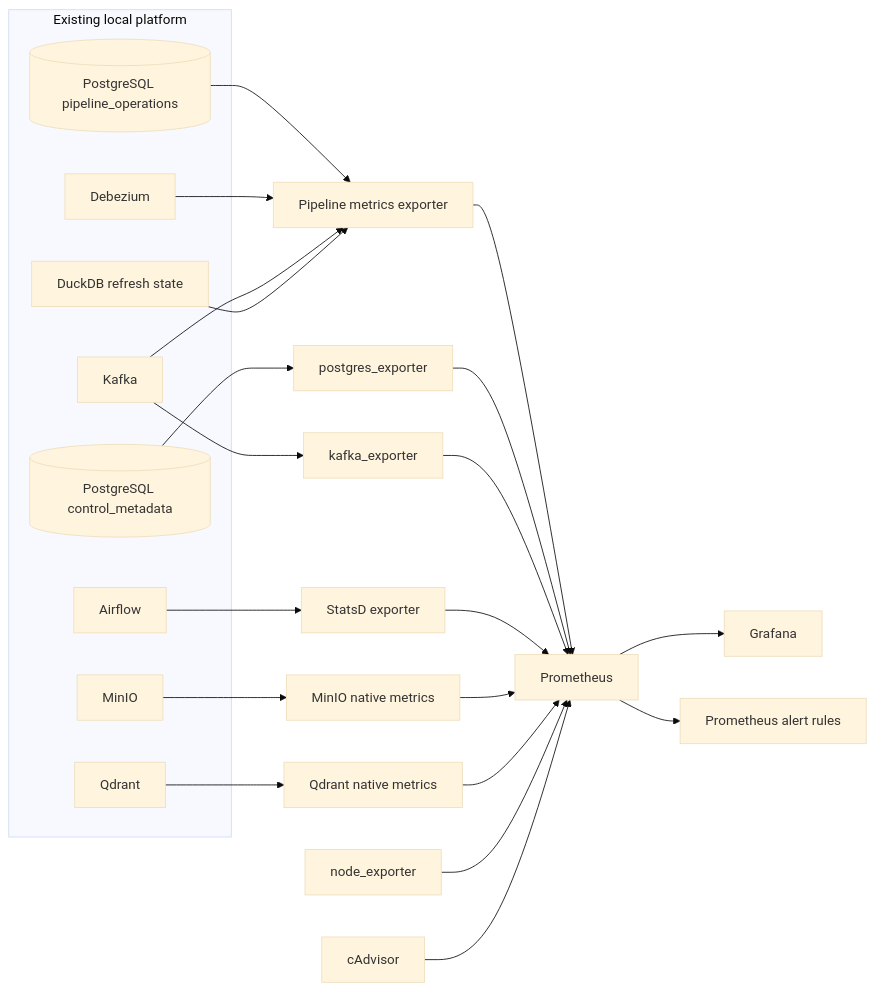
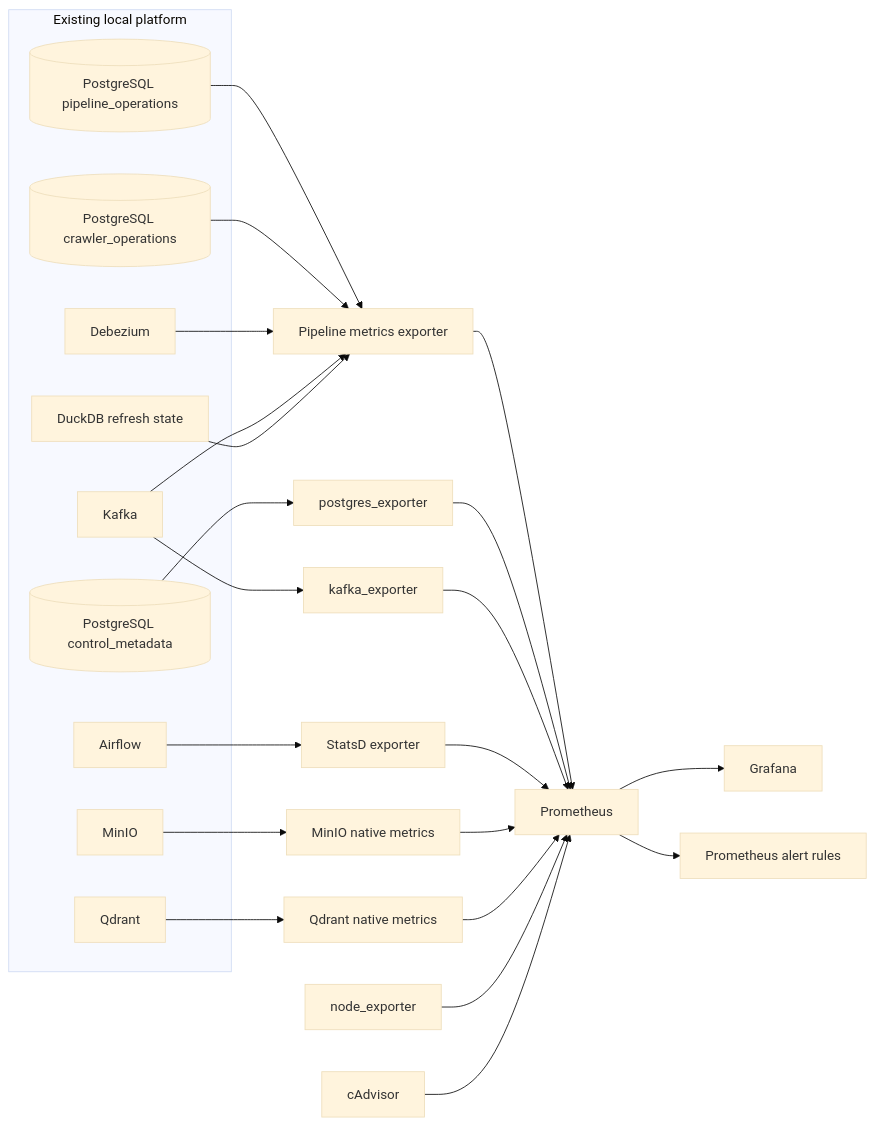
Before and after one commit to minhphu05/financial-news: the diagram in docs/monitoring-observability.md, drawn with Mermaid (base theme). The commit also changed other lines of this file and 4 other files, not shown here.

````diff
--- a/docs/monitoring-observability.md
+++ b/docs/monitoring-observability.md
@@ -9,34 +11,36 @@
 ```mermaid
 flowchart LR
     subgraph Platform[Existing local platform]
         AF[Airflow]
         OPS[(PostgreSQL pipeline_operations)]
+        COPS[(PostgreSQL crawler_operations)]
         PG[(PostgreSQL control_metadata)]
         DBZ[Debezium]
         KF[Kafka]
         MI[MinIO]
         QD[Qdrant]
         DU[DuckDB refresh state]
     end
 
     OPS --> PE[Pipeline metrics exporter]
+    COPS --> PE
     PG --> PGE[postgres_exporter]
     KF --> KFE[kafka_exporter]
     AF --> AS[StatsD exporter]
     DBZ --> PE
     KF --> PE
     DU --> PE
     MI --> PM[MinIO native metrics]
     QD --> QM[Qdrant native metrics]
 
     PE --> PR[Prometheus]
     PGE --> PR
     KFE --> PR
     AS --> PR
     PM --> PR
     QM --> PR
     NE[node_exporter] --> PR
     CA[cAdvisor] --> PR
     PR --> GF[Grafana]
     PR --> AL[Prometheus alert rules]
 ```
````
